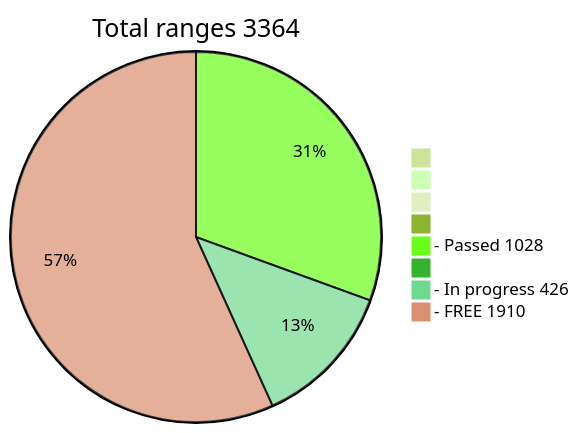
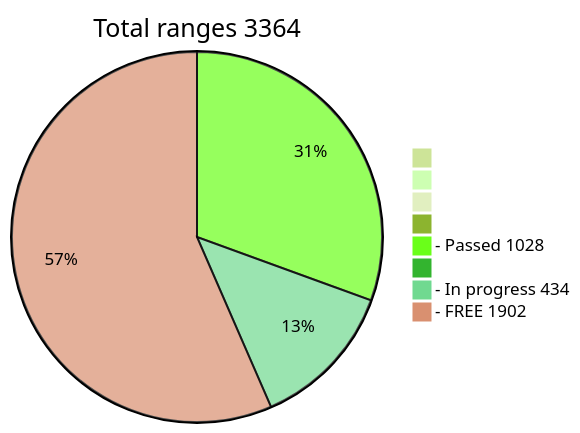
The diagram in README.md (phrutis/wif500), drawn with Mermaid (forest theme) before and after one commit.

````diff
--- a/README.md
+++ b/README.md
@@ -16,12 +16,12 @@
 ```mermaid
 pie title Total ranges 3364
              " " : 0
             "  " : 0
            "   " : 0
           "    " : 0
   "- Passed 1028" : 1028
          "     " : 0
-  "- In progress 426" : 426
-   "- FREE 1910" : 1910
+  "- In progress 434" : 434
+   "- FREE 1902" : 1902
    
 ```
````
